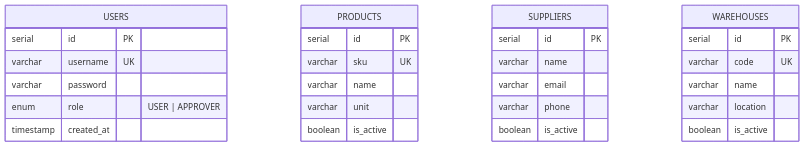
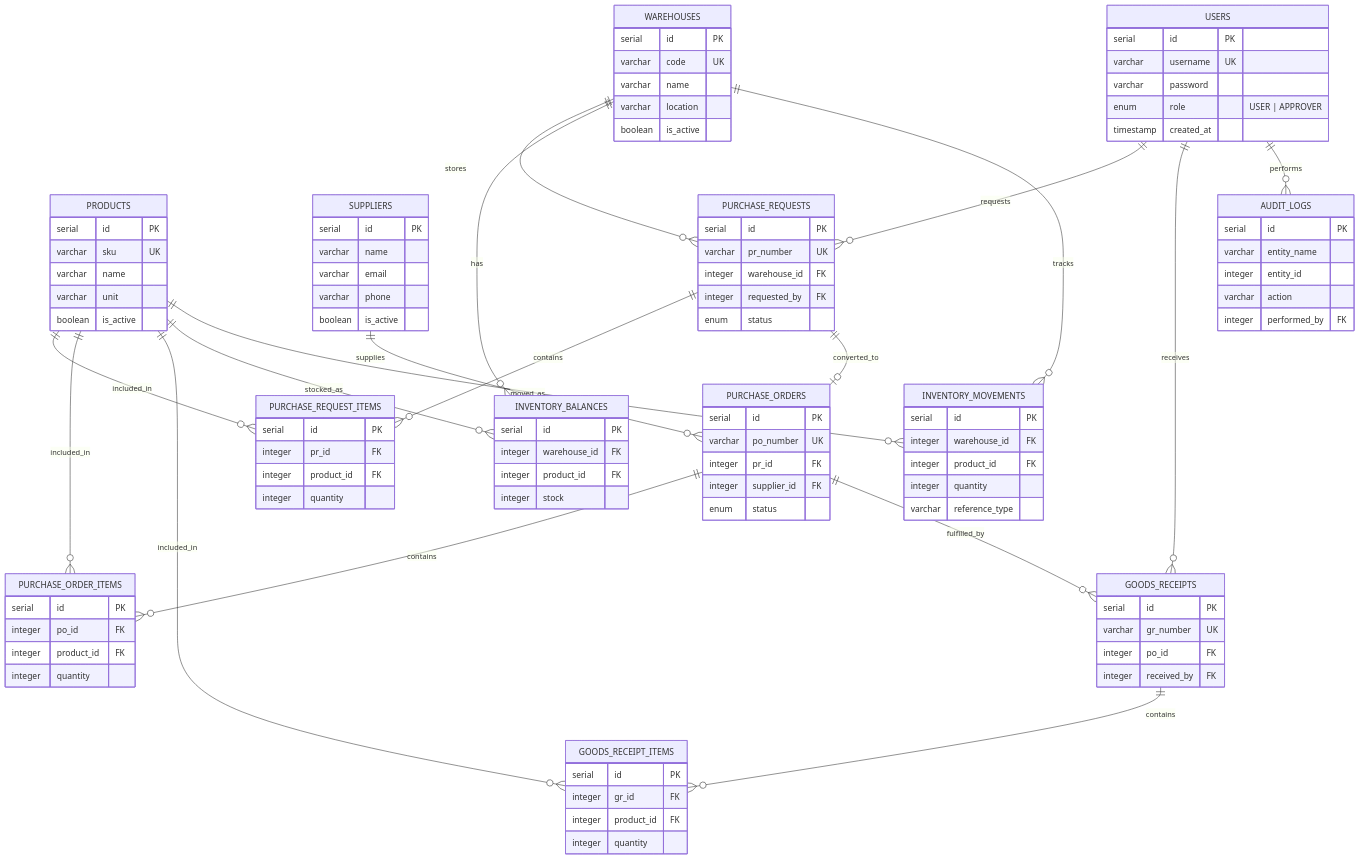
One commit to rynsh1506/backend-technical-test-muhammad-riyansyah changed the second of 2 diagrams in README.md. Above: the diagram before and after it, drawn with Mermaid. The commit also changed other lines of this file, not shown here.

Commit message:
docs: update README with full ERD and architectural decisions

````diff
--- a/README.md
+++ b/README.md
@@ -92,4 +101,96 @@
         varchar location
         boolean is_active
     }
+
+    PURCHASE_REQUESTS {
+        serial id PK
+        varchar pr_number UK
+        integer warehouse_id FK
+        integer requested_by FK
+        enum status
+    }
+
+    PURCHASE_REQUEST_ITEMS {
+        serial id PK
+        integer pr_id FK
+        integer product_id FK
+        integer quantity
+    }
+
+    PURCHASE_ORDERS {
+        serial id PK
+        varchar po_number UK
+        integer pr_id FK
+        integer supplier_id FK
+        enum status
+    }
+
+    PURCHASE_ORDER_ITEMS {
+        serial id PK
+        integer po_id FK
+        integer product_id FK
+        integer quantity
+    }
+
+    GOODS_RECEIPTS {
+        serial id PK
+        varchar gr_number UK
+        integer po_id FK
+        integer received_by FK
+    }
+
+    GOODS_RECEIPT_ITEMS {
+        serial id PK
+        integer gr_id FK
+        integer product_id FK
+        integer quantity
+    }
+
+    INVENTORY_BALANCES {
+        serial id PK
+        integer warehouse_id FK
+        integer product_id FK
+        integer stock
+    }
+
+    INVENTORY_MOVEMENTS {
+        serial id PK
+        integer warehouse_id FK
+        integer product_id FK
+        integer quantity
+        varchar reference_type
+    }
+
+    AUDIT_LOGS {
+        serial id PK
+        varchar entity_name
+        integer entity_id
+        varchar action
+        integer performed_by FK
+    }
+
+    %% Relationships (Tali Relasi)
+    USERS ||--o{ PURCHASE_REQUESTS : "requests"
+    USERS ||--o{ GOODS_RECEIPTS : "receives"
+    USERS ||--o{ AUDIT_LOGS : "performs"
+    
+    WAREHOUSES ||--o{ PURCHASE_REQUESTS : "stores"
+    WAREHOUSES ||--o{ INVENTORY_BALANCES : "has"
+    WAREHOUSES ||--o{ INVENTORY_MOVEMENTS : "tracks"
+    
+    SUPPLIERS ||--o{ PURCHASE_ORDERS : "supplies"
+    
+    PRODUCTS ||--o{ PURCHASE_REQUEST_ITEMS : "included_in"
+    PRODUCTS ||--o{ PURCHASE_ORDER_ITEMS : "included_in"
+    PRODUCTS ||--o{ GOODS_RECEIPT_ITEMS : "included_in"
+    PRODUCTS ||--o{ INVENTORY_BALANCES : "stocked_as"
+    PRODUCTS ||--o{ INVENTORY_MOVEMENTS : "moved_as"
+
+    PURCHASE_REQUESTS ||--o{ PURCHASE_REQUEST_ITEMS : "contains"
+    PURCHASE_REQUESTS ||--o| PURCHASE_ORDERS : "converted_to"
+
+    PURCHASE_ORDERS ||--o{ PURCHASE_ORDER_ITEMS : "contains"
+    PURCHASE_ORDERS ||--o{ GOODS_RECEIPTS : "fulfilled_by"
+
+    GOODS_RECEIPTS ||--o{ GOODS_RECEIPT_ITEMS : "contains"
 ```
````
